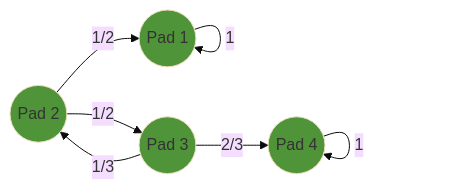
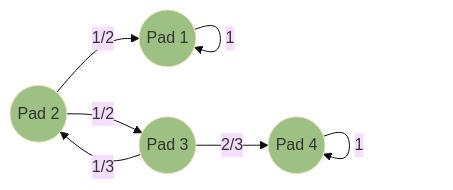
The diagram in blog/fiddler-25-01-24/index.qmd (guillaumegilles/guillaumegilles.github.io), drawn with Mermaid (base theme) before and after one commit. The commit also changed other lines of this file and 125 other files, not shown here.

````diff
--- a/blog/fiddler-25-01-24/index.qmd
+++ b/blog/fiddler-25-01-24/index.qmd
@@ -22,14 +31,14 @@
 ```{mermaid}
 graph LR
   A((Pad 1))
-  style A fill:#509439
+  style A fill:#9DC183
   B((Pad 2)) -- 1/2 --> A
-  style B fill:#509439
+  style B fill:#9DC183
   C((Pad 3)) -- 2/3 --> D((Pad 4))
-  style C fill:#509439
-  style D fill:#509439
+  style C fill:#9DC183
+  style D fill:#9DC183
   C -- 1/3 --> B
   B -- 1/2 --> C
   D -- 1 --> D
   A -- 1 --> A
 ```
````
